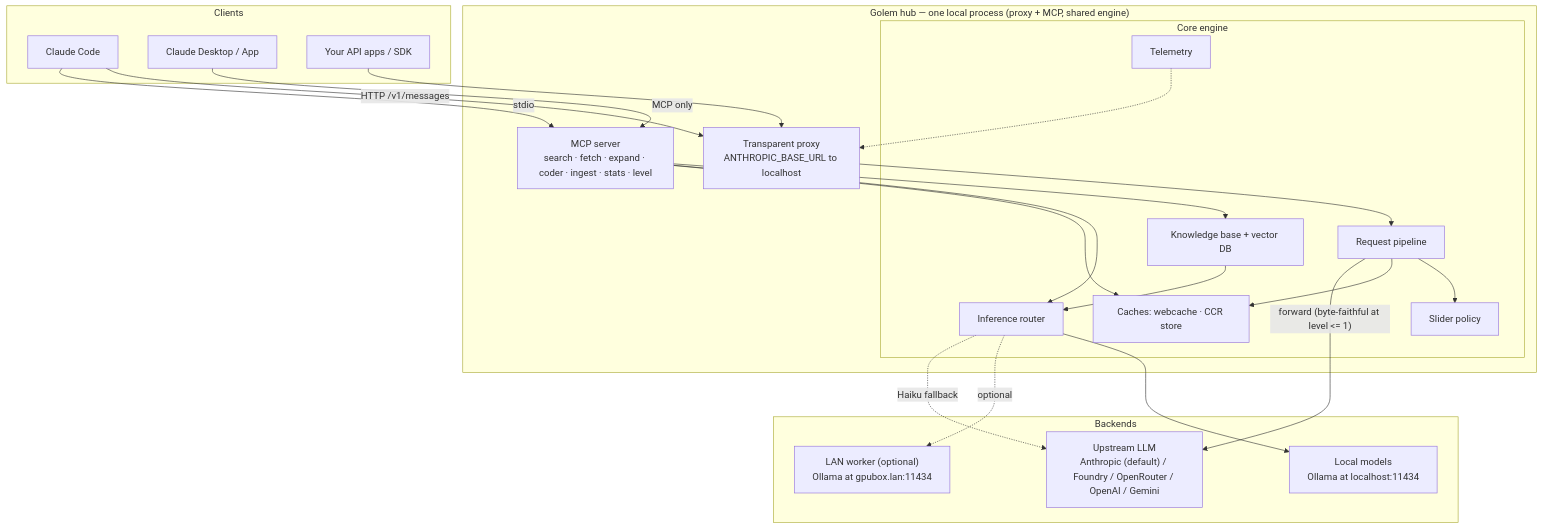
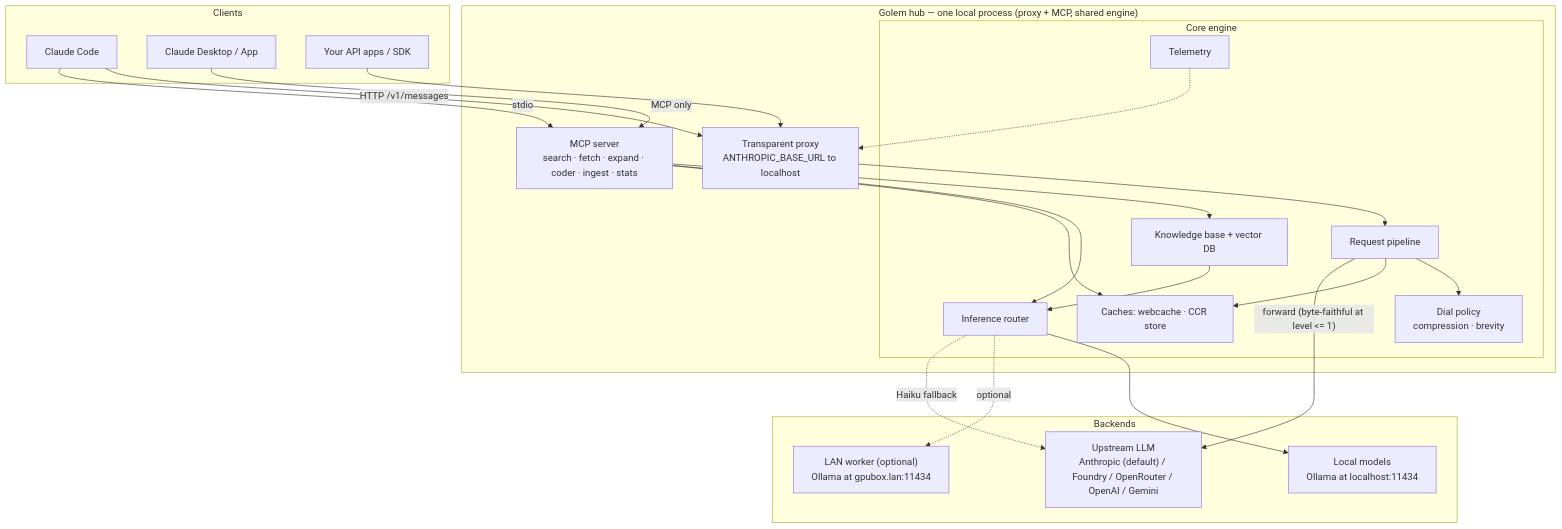
One commit to cloudcatalyst/golem changed the first of 8 diagrams in docs/wiki/concepts/Architecture.md. Above: the diagram before and after it, drawn with Mermaid. The commit also changed other lines of this file and 15 other files, not shown here.

````diff
--- a/docs/wiki/concepts/Architecture.md
+++ b/docs/wiki/concepts/Architecture.md
@@ -34,45 +34,45 @@
 ```mermaid
 flowchart TB
   subgraph Clients
     CC["Claude Code"]
     CD["Claude Desktop / App"]
     SDK["Your API apps / SDK"]
   end
 
   subgraph Hub["Golem hub — one local process (proxy + MCP, shared engine)"]
     PX["Transparent proxy<br/>ANTHROPIC_BASE_URL to localhost"]
-    MCPS["MCP server<br/>search · fetch · expand · coder · ingest · stats · level"]
+    MCPS["MCP server<br/>search · fetch · expand · coder · ingest · stats"]
     subgraph Core["Core engine"]
       PIPE["Request pipeline"]
-      SLIDER["Slider policy"]
+      POLICY["Dial policy<br/>compression · brevity"]
       KB["Knowledge base + vector DB"]
       CACHE["Caches: webcache · CCR store"]
       INF["Inference router"]
       TEL["Telemetry"]
     end
   end
 
   subgraph Backends
     LOCAL["Local models<br/>Ollama at localhost:11434"]
     LAN["LAN worker (optional)<br/>Ollama at gpubox.lan:11434"]
     UP["Upstream LLM<br/>Anthropic (default) / Foundry / OpenRouter / OpenAI / Gemini"]
   end
 
   CC -->|"HTTP /v1/messages"| PX
   CC -->|"stdio"| MCPS
   CD -->|"MCP only"| MCPS
   SDK --> PX
 
   PX --> PIPE
   MCPS --> KB
   MCPS --> INF
   MCPS --> CACHE
-  PIPE --> SLIDER
+  PIPE --> POLICY
   PIPE --> CACHE
   PIPE -->|"forward (byte-faithful at level <= 1)"| UP
   KB --> INF
   INF --> LOCAL
   INF -.->|"optional"| LAN
   INF -.->|"Haiku fallback"| UP
   TEL -.-> PX
 ```
````
